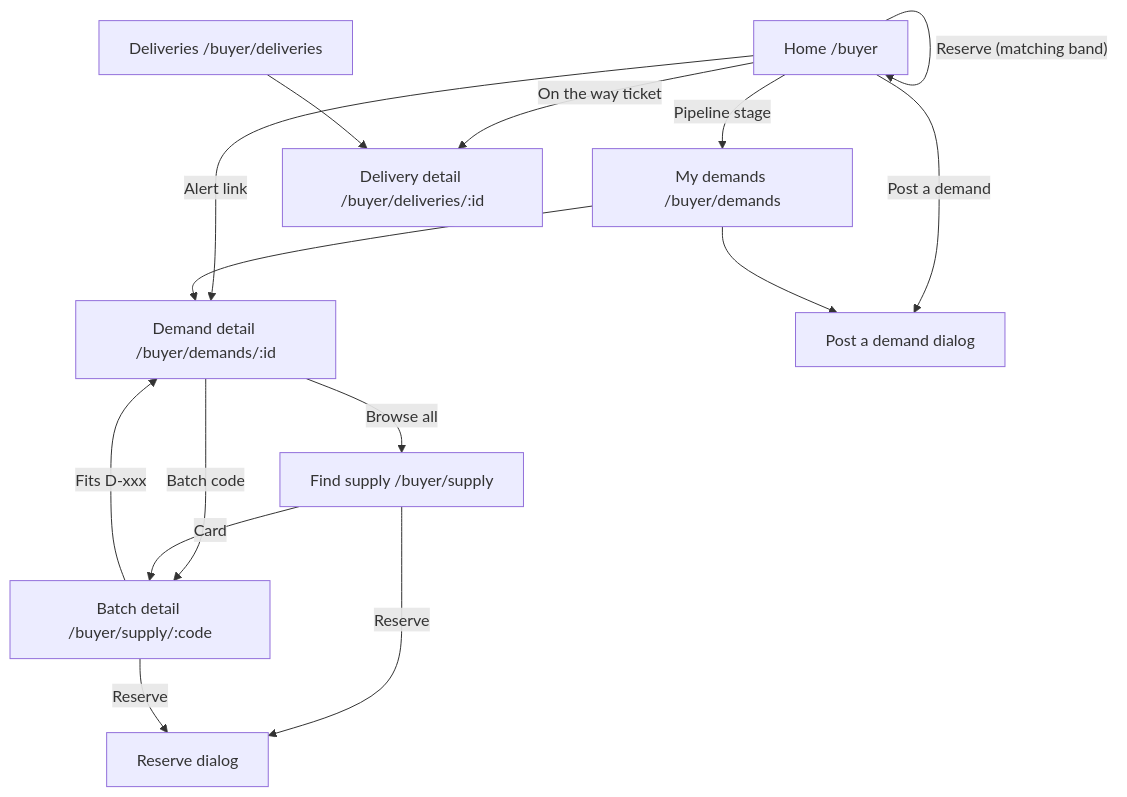
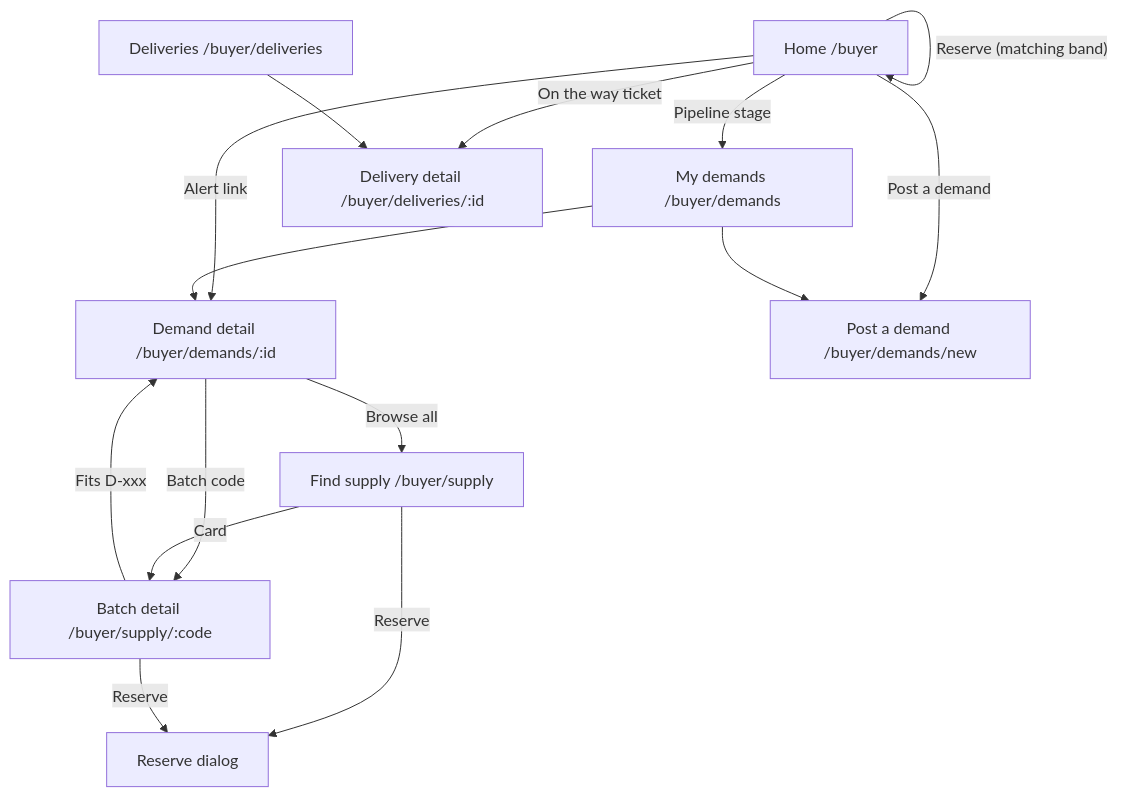
Before and after one commit to DACN-Manifest-NongNh-p/agri-supply-demand-platform: the second of 4 diagrams in docs/buyer/README.md, drawn with Mermaid. The commit also changed other lines of this file and 97 other files, not shown here.

````diff
--- a/docs/buyer/README.md
+++ b/docs/buyer/README.md
@@ -51,27 +53,27 @@
 ```mermaid
 flowchart TB
     Home["Home /buyer"]
     Demands["My demands /buyer/demands"]
     DemandDetail["Demand detail /buyer/demands/:id"]
     Supply["Find supply /buyer/supply"]
     Batch["Batch detail /buyer/supply/:code"]
     Deliveries["Deliveries /buyer/deliveries"]
     DeliveryDetail["Delivery detail /buyer/deliveries/:id"]
-    Post["Post a demand dialog"]
+    Post["Post a demand /buyer/demands/new"]
     Reserve["Reserve dialog"]
 
     Home -- "Post a demand" --> Post
     Home -- "Reserve (matching band)" --> Home
     Home -- "Alert link" --> DemandDetail
     Home -- "Pipeline stage" --> Demands
     Home -- "On the way ticket" --> DeliveryDetail
     Demands --> Post
     Demands --> DemandDetail
     DemandDetail -- "Browse all <product>" --> Supply
     DemandDetail -- "Batch code" --> Batch
     Supply -- "Card" --> Batch
     Supply -- "Reserve" --> Reserve
     Batch -- "Reserve" --> Reserve
     Batch -- "Fits D-xxx" --> DemandDetail
     Deliveries --> DeliveryDetail
 ```
````
